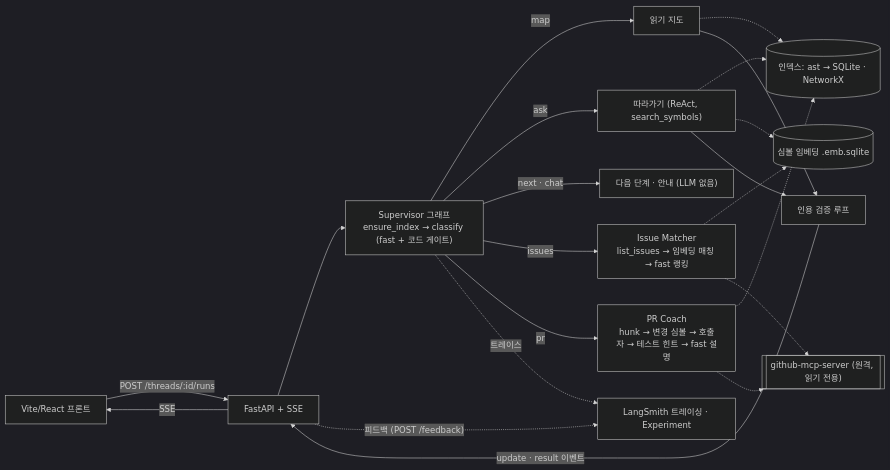
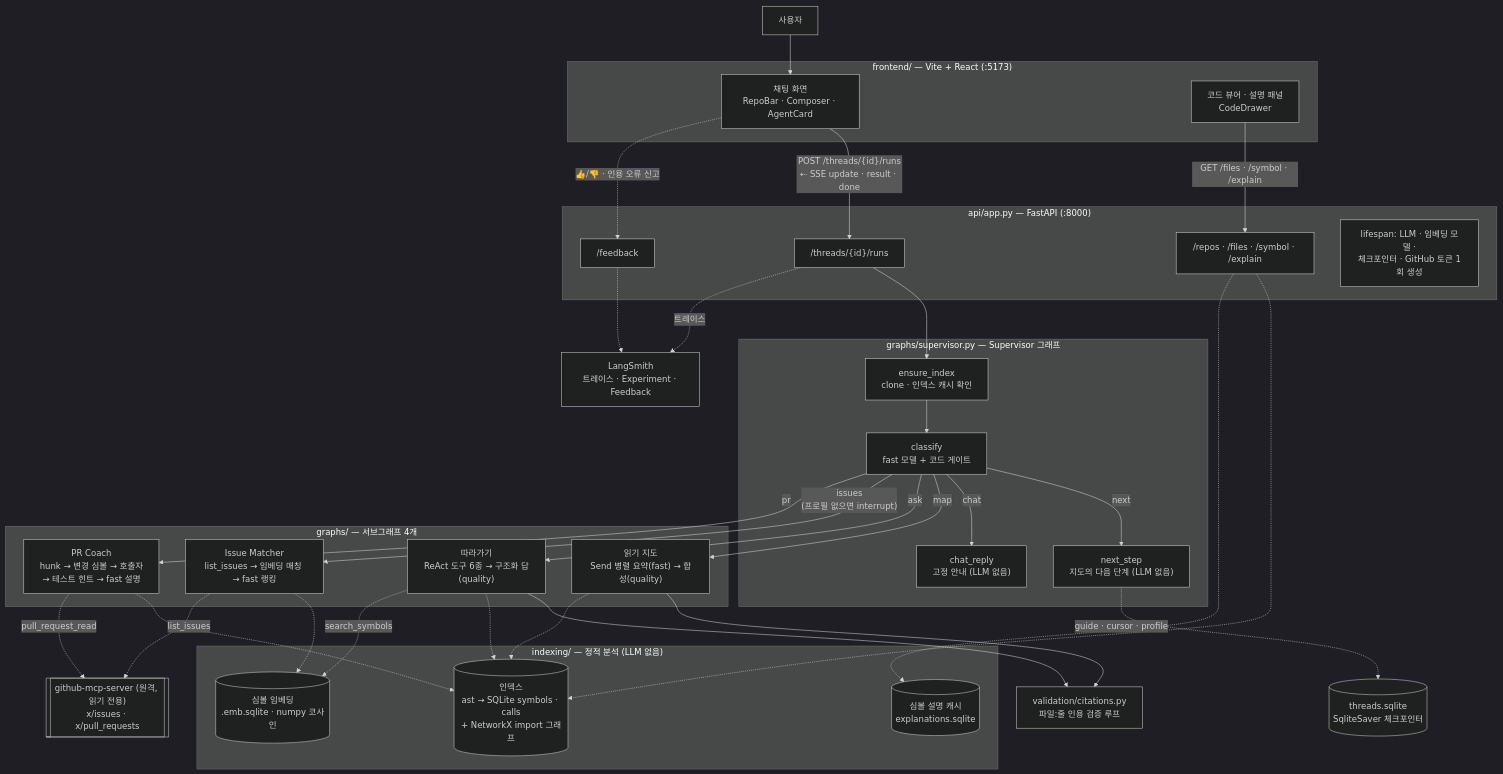
The first of 5 diagrams in README.md (sonseohy/Repoute), drawn with Mermaid (dark theme) before and after one commit. The commit also changed other lines of this file and 8 other files, not shown here.

````diff
--- a/README.md
+++ b/README.md
@@ -51,26 +54,64 @@
 ```mermaid
-flowchart LR
-  FE["Vite/React 프론트"] -->|"POST /threads/:id/runs"| API["FastAPI + SSE"]
-  API --> SUP["Supervisor 그래프<br/>ensure_index → classify (fast + 코드 게이트)"]
-  SUP -->|map| RG["읽기 지도"]
-  SUP -->|ask| WT["따라가기 (ReAct, search_symbols)"]
-  SUP -->|next · chat| NX["다음 단계 · 안내 (LLM 없음)"]
-  SUP -->|issues| IM["Issue Matcher<br/>list_issues → 임베딩 매칭 → fast 랭킹"]
-  SUP -->|pr| PC["PR Coach<br/>hunk → 변경 심볼 → 호출자 → 테스트 힌트 → fast 설명"]
-  IDX[("인덱스: ast → SQLite · NetworkX")]
-  EMB[("심볼 임베딩 .emb.sqlite")]
-  GH[["github-mcp-server (원격, 읽기 전용)"]]
-  RG -.-> IDX
-  WT -.-> IDX
-  WT -.-> EMB
-  IM -.-> EMB
-  IM -.-> GH
-  PC -.-> IDX
-  PC -.-> GH
-  RG --> VAL["인용 검증 루프"]
-  WT --> VAL
-  VAL -->|"update · result 이벤트"| API
-  API -->|SSE| FE
-  SUP -. 트레이스 .-> LS["LangSmith 트레이싱 · Experiment"]
-  API -. "피드백 (POST /feedback)" .-> LS
+flowchart TB
+    User["사용자"] --> Chat
+
+    subgraph FE["frontend/ — Vite + React (:5173)"]
+        Chat["채팅 화면<br/>RepoBar · Composer · AgentCard"]
+        Drawer["코드 뷰어 · 설명 패널<br/>CodeDrawer"]
+    end
+
+    Chat -->|"POST /threads/{id}/runs<br/>⇠ SSE update · result · done"| Runs
+    Chat -. "👍/👎 · 인용 오류 신고" .-> Feedback
+    Drawer -->|"GET /files · /symbol · /explain"| Viewer
+
+    subgraph APIS["api/app.py — FastAPI (:8000)"]
+        Lifespan["lifespan: LLM · 임베딩 모델 ·<br/>체크포인터 · GitHub 토큰 1회 생성"]
+        Runs["/threads/{id}/runs"]
+        Feedback["/feedback"]
+        Viewer["/repos · /files · /symbol · /explain"]
+    end
+
+    Runs --> EI
+
+    subgraph SUP["graphs/supervisor.py — Supervisor 그래프"]
+        EI["ensure_index<br/>clone · 인덱스 캐시 확인"] --> CL["classify<br/>fast 모델 + 코드 게이트"]
+        CL -->|next| NS["next_step<br/>지도의 다음 단계 (LLM 없음)"]
+        CL -->|chat| CR["chat_reply<br/>고정 안내 (LLM 없음)"]
+    end
+
+    CL -->|map| RG
+    CL -->|ask| WT
+    CL -->|"issues<br/>(프로필 없으면 interrupt)"| IM
+    CL -->|pr| PC
+
+    subgraph SUBG["graphs/ — 서브그래프 4개"]
+        RG["읽기 지도<br/>Send 병렬 요약(fast) → 합성(quality)"]
+        WT["따라가기<br/>ReAct 도구 6종 → 구조화 답(quality)"]
+        IM["Issue Matcher<br/>list_issues → 임베딩 매칭 → fast 랭킹"]
+        PC["PR Coach<br/>hunk → 변경 심볼 → 호출자<br/>→ 테스트 힌트 → fast 설명"]
+    end
+
+    RG --> VAL["validation/citations.py<br/>파일:줄 인용 검증 루프"]
+    WT --> VAL
+
+    subgraph STATIC["indexing/ — 정적 분석 (LLM 없음)"]
+        IDX[("인덱스<br/>ast → SQLite symbols · calls<br/>+ NetworkX import 그래프")]
+        EMB[("심볼 임베딩<br/>.emb.sqlite · numpy 코사인")]
+        EXP[("심볼 설명 캐시<br/>explanations.sqlite")]
+    end
+
+    RG -.-> IDX
+    WT -.-> IDX
+    WT -.->|search_symbols| EMB
+    IM -.-> EMB
+    PC -.-> IDX
+    Viewer -.-> IDX
+    Viewer -.-> EXP
+
+    IM -.->|list_issues| GH[["github-mcp-server (원격, 읽기 전용)<br/>x/issues · x/pull_requests"]]
+    PC -.->|pull_request_read| GH
+
+    NS -.->|"guide · cursor · profile"| CKPT[("threads.sqlite<br/>SqliteSaver 체크포인터")]
+    Runs -. 트레이스 .-> LS["LangSmith<br/>트레이스 · Experiment · Feedback"]
+    Feedback -.-> LS
 ```
````
